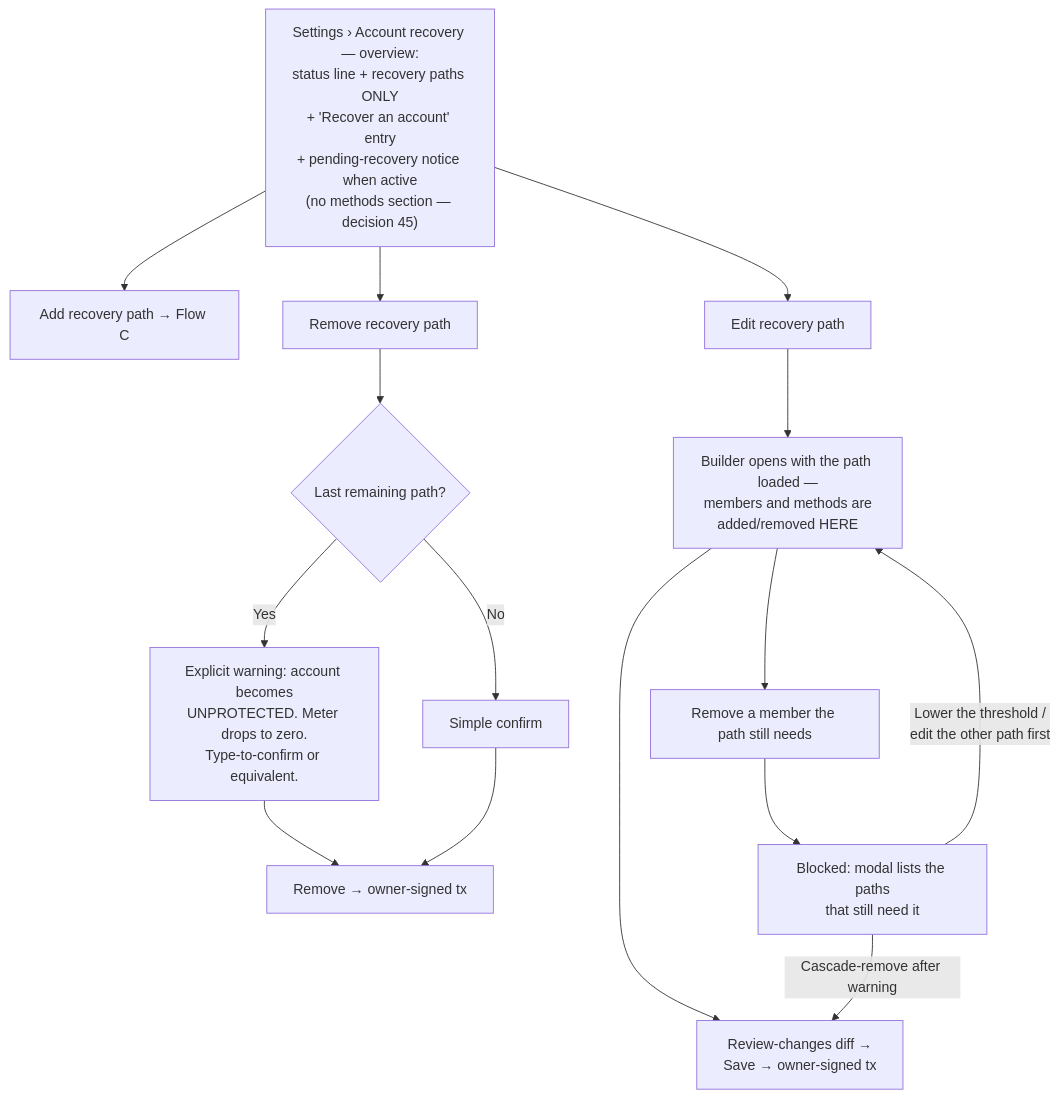
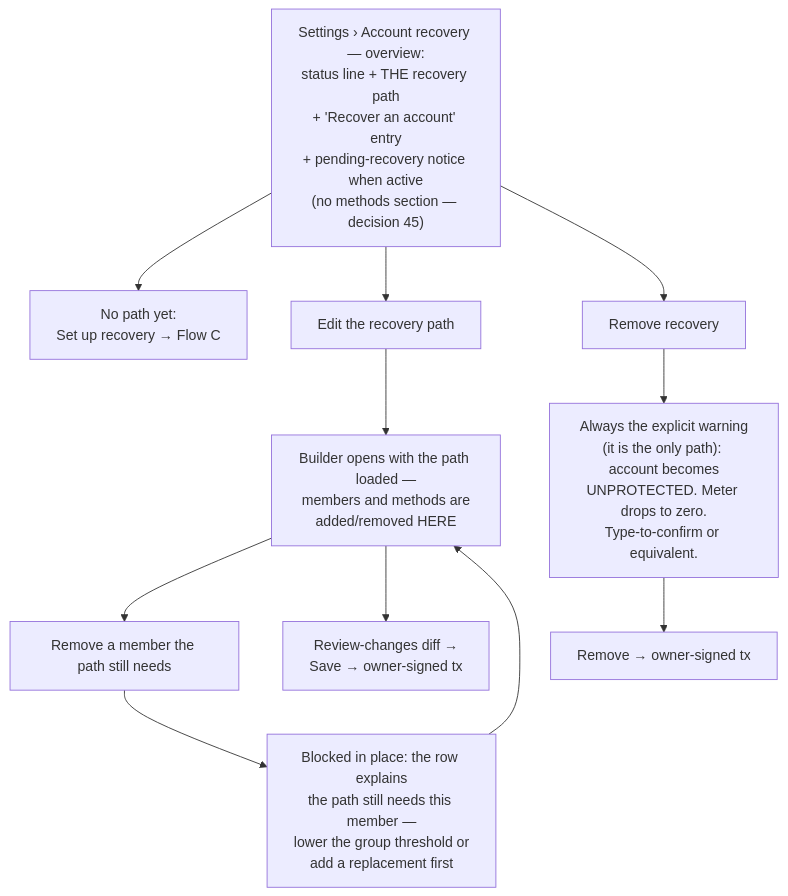
One commit to FiboAtWonder/kohaku-extension changed diagram 14 of 14 in social-recovery-ux-flows.md. Above: the diagram before and after it, drawn with Mermaid. The commit also changed other lines of this file and 1 other file, not shown here.

Commit message:
docs: single-path model — decisions 73-78 (one recovery path, 24h floor, zk-email receive+upload, 4337 focus)

````diff
--- a/social-recovery-ux-flows.md
+++ b/social-recovery-ux-flows.md
@@ -515,22 +519,18 @@
 ```mermaid
 flowchart TD
-    A["Settings › Account recovery — overview:<br/>status line + recovery paths ONLY<br/>+ 'Recover an account' entry<br/>+ pending-recovery notice when active<br/>(no methods section — decision 45)"] --> B[Add recovery path → Flow C]
-    A --> C[Edit recovery path]
-    A --> D[Remove recovery path]
+    A["Settings › Account recovery — overview:<br/>status line + THE recovery path<br/>+ 'Recover an account' entry<br/>+ pending-recovery notice when active<br/>(no methods section — decision 45)"] --> B["No path yet:<br/>Set up recovery → Flow C"]
+    A --> C[Edit the recovery path]
+    A --> D[Remove recovery]
 
     C --> C1["Builder opens with the path loaded —<br/>members and methods are<br/>added/removed HERE"]
     C1 --> E["Remove a member the path still needs"]
     C1 --> C2["Review-changes diff →<br/>Save → owner-signed tx"]
 
-    D --> D1{"Last remaining path?"}
-    D1 -- Yes --> D2["Explicit warning: account becomes<br/>UNPROTECTED. Meter drops to zero.<br/>Type-to-confirm or equivalent."]
-    D1 -- No --> D3[Simple confirm]
+    D --> D2["Always the explicit warning<br/>(it is the only path): account becomes<br/>UNPROTECTED. Meter drops to zero.<br/>Type-to-confirm or equivalent."]
     D2 --> D4[Remove → owner-signed tx]
-    D3 --> D4
 
-    E --> E2["Blocked: modal lists the paths<br/>that still need it"]
-    E2 -->|Lower the threshold /<br/>edit the other path first| C1
-    E2 -->|Cascade-remove after warning| C2
+    E --> E2["Blocked in place: the row explains<br/>the path still needs this member —<br/>lower the group threshold or<br/>add a replacement first"]
+    E2 --> C1
 
     click B href "#flow-c--recovery-setup"
 ```
````
